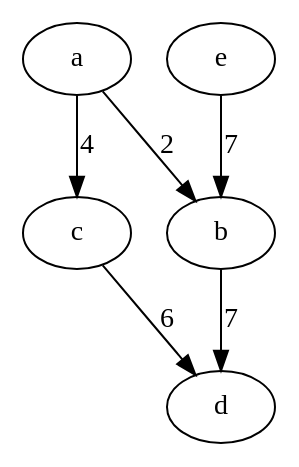
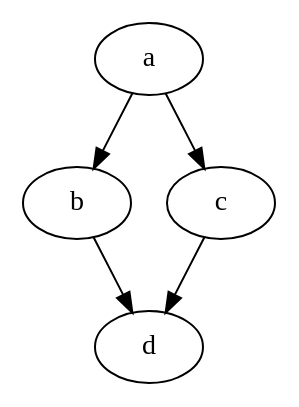
One commit to Jordanwmk/Paralex changed the diagram in src/test.dot. Above: the diagram before and after it, drawn with Graphviz. The commit also changed 3 other files, not shown here.

```diff
--- a/src/test.dot
+++ b/src/test.dot
@@ -1,12 +1,10 @@
-digraph {
-b	[weight="5"];
-a	[weight="2"];
-c	[weight="6"];
-d				[weight="3"];
-e	[weight="3"];
-a -> b[label="2",weight="2"];
-a -> c[label="4",weight="4"];
-c -> d[label="6",weight="6"];
-b -> d[label="7",weight="7"];
-e -> b[label="7",weight="7"];
+digraph "example"{
+	a 		[Weight="2"] ;
+	b 		[Weight="3"] ;
+	a -> b 	[Weight="1"] ;
+	c 		[Weight="3"] ;
+	a -> c 	[Weight="2"] ;
+	d 		[Weight="2"];
+	b -> d 	[Weight="2"];
+	c -> d 	[Weight="1"];
 }
```
